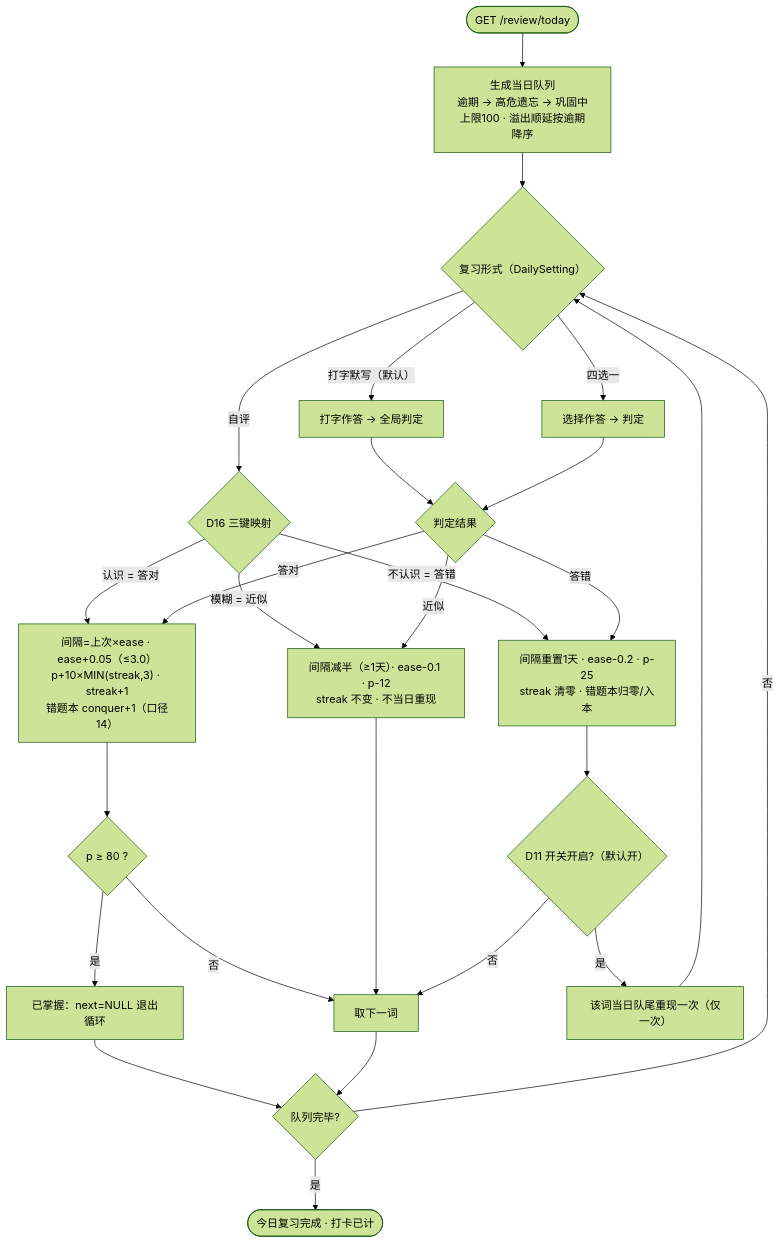
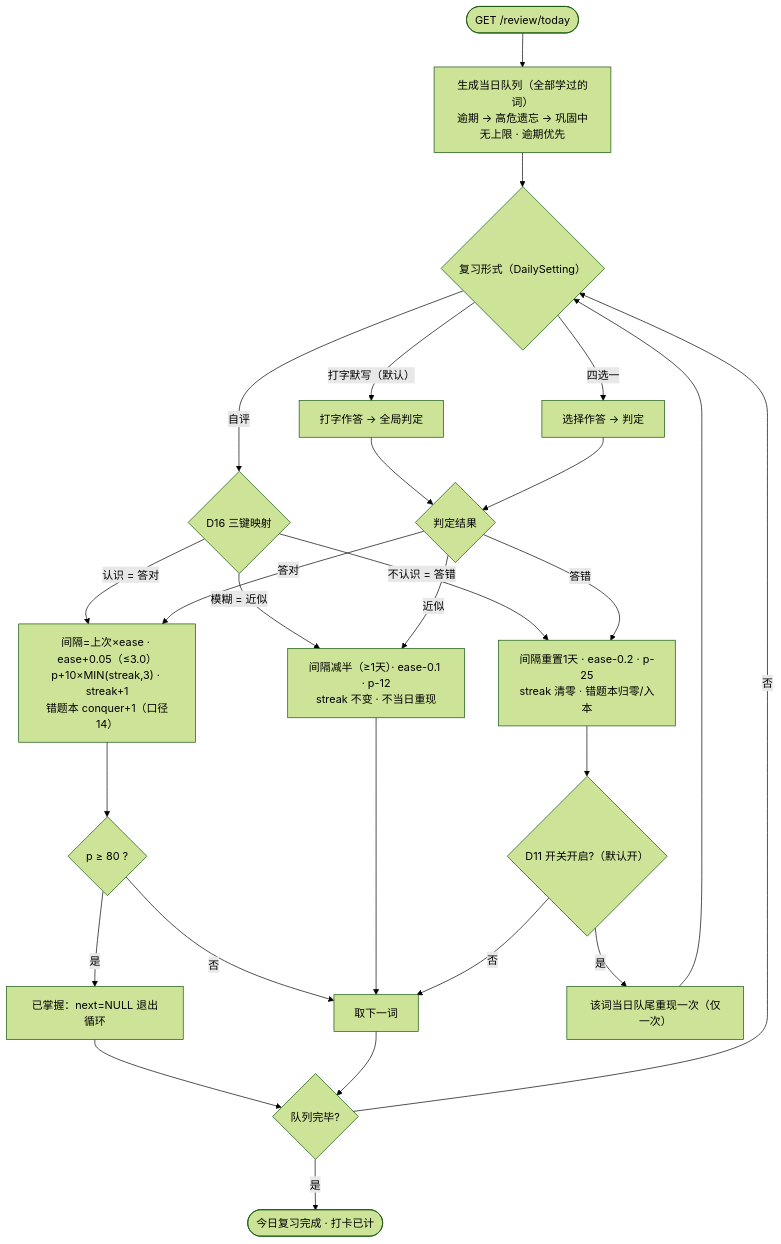
The fifth of 10 diagrams in docs/业务流程图与功能架构图.md (q0375/WordType), drawn with Mermaid (forest theme) before and after one commit. The commit also changed other lines of this file and 105 other files, not shown here.

````diff
--- a/docs/业务流程图与功能架构图.md
+++ b/docs/业务流程图与功能架构图.md
@@ -152,28 +152,28 @@
 ```mermaid
 flowchart TD
-    A([GET /review/today]) --> B["生成当日队列<br/>逾期 → 高危遗忘 → 巩固中<br/>上限100 · 溢出顺延按逾期降序"]
+    A([GET /review/today]) --> B["生成当日队列（全部学过的词）<br/>逾期 → 高危遗忘 → 巩固中<br/>无上限 · 逾期优先"]
     B --> D{"复习形式（DailySetting）"}
     D -->|"打字默写（默认）"| E["打字作答 → 全局判定"]
     D -->|"四选一"| F["选择作答 → 判定"]
     D -->|"自评"| G{"D16 三键映射"}
     G -->|"认识 = 答对"| I
     G -->|"模糊 = 近似"| J
     G -->|"不认识 = 答错"| K
     E --> H{"判定结果"}
     F --> H
     H -->|"答对"| I["间隔=上次×ease · ease+0.05（≤3.0）<br/>p+10×MIN(streak,3) · streak+1<br/>错题本 conquer+1（口径14）"]
     H -->|"近似"| J["间隔减半（≥1天）· ease-0.1 · p-12<br/>streak 不变 · 不当日重现"]
     H -->|"答错"| K["间隔重置1天 · ease-0.2 · p-25<br/>streak 清零 · 错题本归零/入本"]
     I --> L{"p ≥ 80 ?"}
     L -->|"是"| M["已掌握：next=NULL 退出循环"]
     L -->|"否"| N["取下一词"]
     J --> N
     K --> O{"D11 开关开启?（默认开）"}
     O -->|"是"| P["该词当日队尾重现一次（仅一次）"]
     O -->|"否"| N
     P --> D
     M --> Q{"队列完毕?"}
     N --> Q{"队列完毕?"}
     Q -->|"否"| D
     Q -->|"是"| Z([今日复习完成 · 打卡已计])
 ```
````
